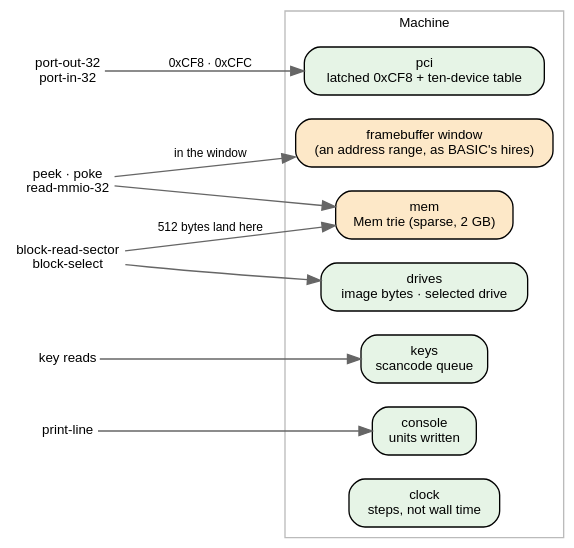
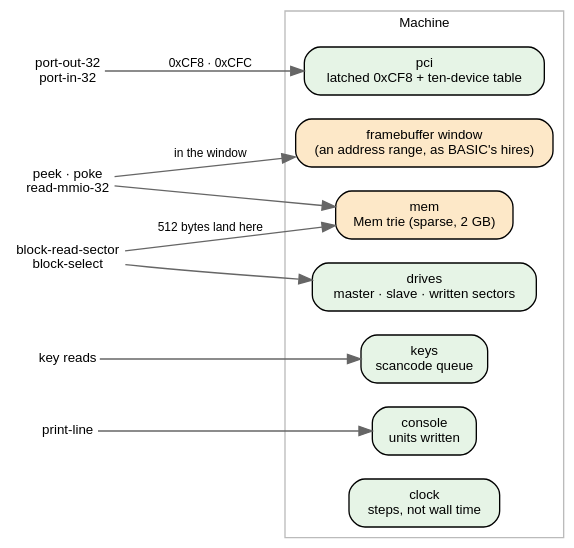
One commit to showell/essay-repl-server changed the fifth of 8 diagrams in notes/roc-machine-emulator.md. Above: the diagram before and after it, drawn with Graphviz. The commit also changed other lines of this file, not shown here.

First line of the commit message:
roc-machine-emulator: step 3, fat16-list on a disk the ladder attaches

````diff
--- a/notes/roc-machine-emulator.md
+++ b/notes/roc-machine-emulator.md
@@ -177,29 +269,29 @@
 ```dot
 digraph machine {
   rankdir=LR; bgcolor="transparent"; compound=true;
   node [shape=box style="rounded,filled" fontname="Helvetica" fontsize=10 fillcolor="#ffffff"];
   edge [fontname="Helvetica" fontsize=9 color="#666666"];
 
   peek [label="peek · poke\nread-mmio-32" shape=plain];
   port [label="port-out-32\nport-in-32" shape=plain];
   blk  [label="block-read-sector\nblock-select" shape=plain];
   key  [label="key reads" shape=plain];
   prt  [label="print-line" shape=plain];
 
   subgraph cluster_m {
     label="Machine"; fontname="Helvetica"; fontsize=10; color="#bbbbbb";
     mem  [label="mem\nMem trie (sparse, 2 GB)" fillcolor="#fde8c8"];
     fb   [label="framebuffer window\n(an address range, as BASIC's hires)" fillcolor="#fde8c8"];
     pci  [label="pci\nlatched 0xCF8 + ten-device table" fillcolor="#e6f4e6"];
-    disk [label="drives\nimage bytes · selected drive" fillcolor="#e6f4e6"];
+    disk [label="drives\nmaster · slave · written sectors" fillcolor="#e6f4e6"];
     keys [label="keys\nscancode queue" fillcolor="#e6f4e6"];
     con  [label="console\nunits written" fillcolor="#e6f4e6"];
     clk  [label="clock\nsteps, not wall time" fillcolor="#e6f4e6"];
   }
 
   peek -> mem; peek -> fb [label="in the window"];
   port -> pci [label="0xCF8 · 0xCFC"];
   blk -> disk; blk -> mem [label="512 bytes land here"];
   key -> keys; prt -> con;
 }
 ```
````
